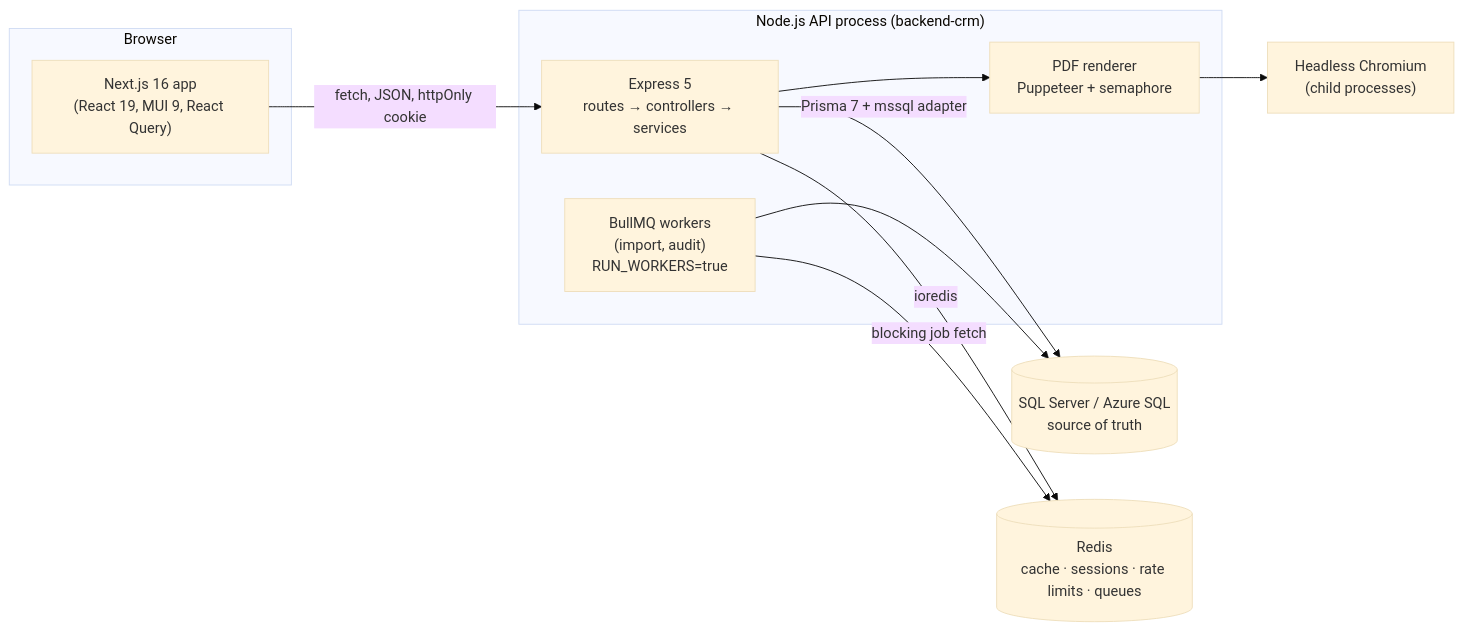
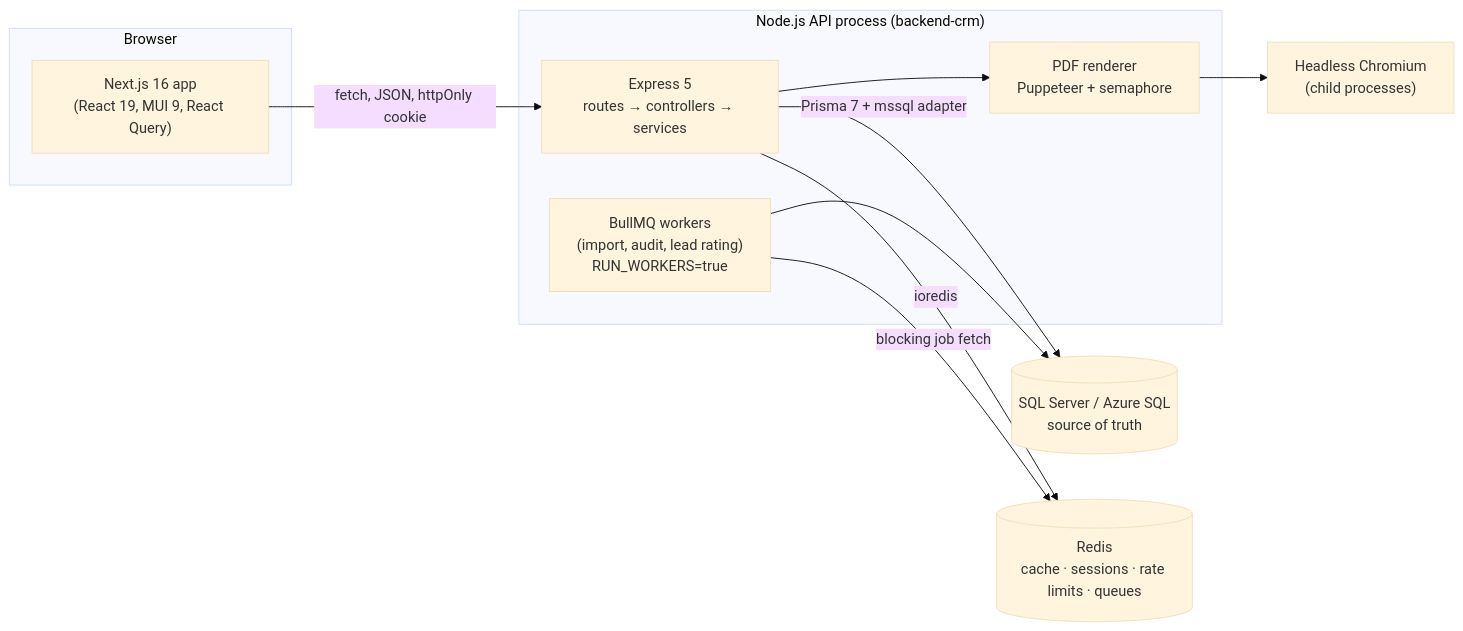
One commit to shivansh14503/nandini-crm changed the first of 5 diagrams in docs/system-design.md. Above: the diagram before and after it, drawn with Mermaid (base theme). The commit also changed other lines of this file and 55 other files, not shown here.

First line of the commit message:
feat: add lead rating rules documentation and implement RatingRulesPanel component

````diff
--- a/docs/system-design.md
+++ b/docs/system-design.md
@@ -18,23 +18,23 @@
 ```mermaid
 flowchart LR
     subgraph Browser
         UI["Next.js 16 app<br/>(React 19, MUI 9, React Query)"]
     end
 
     subgraph Node["Node.js API process (backend-crm)"]
         EX["Express 5<br/>routes → controllers → services"]
-        WK["BullMQ workers<br/>(import, audit)<br/>RUN_WORKERS=true"]
+        WK["BullMQ workers<br/>(import, audit, lead rating)<br/>RUN_WORKERS=true"]
         PDF["PDF renderer<br/>Puppeteer + semaphore"]
     end
 
     CH["Headless Chromium<br/>(child processes)"]
     SQL[("SQL Server / Azure SQL<br/>source of truth")]
     RD[("Redis<br/>cache · sessions · rate limits · queues")]
 
     UI -- "fetch, JSON, httpOnly cookie" --> EX
     EX -- "Prisma 7 + mssql adapter" --> SQL
     EX -- "ioredis" --> RD
     WK -- "blocking job fetch" --> RD
     WK --> SQL
     EX --> PDF --> CH
 ```
````
